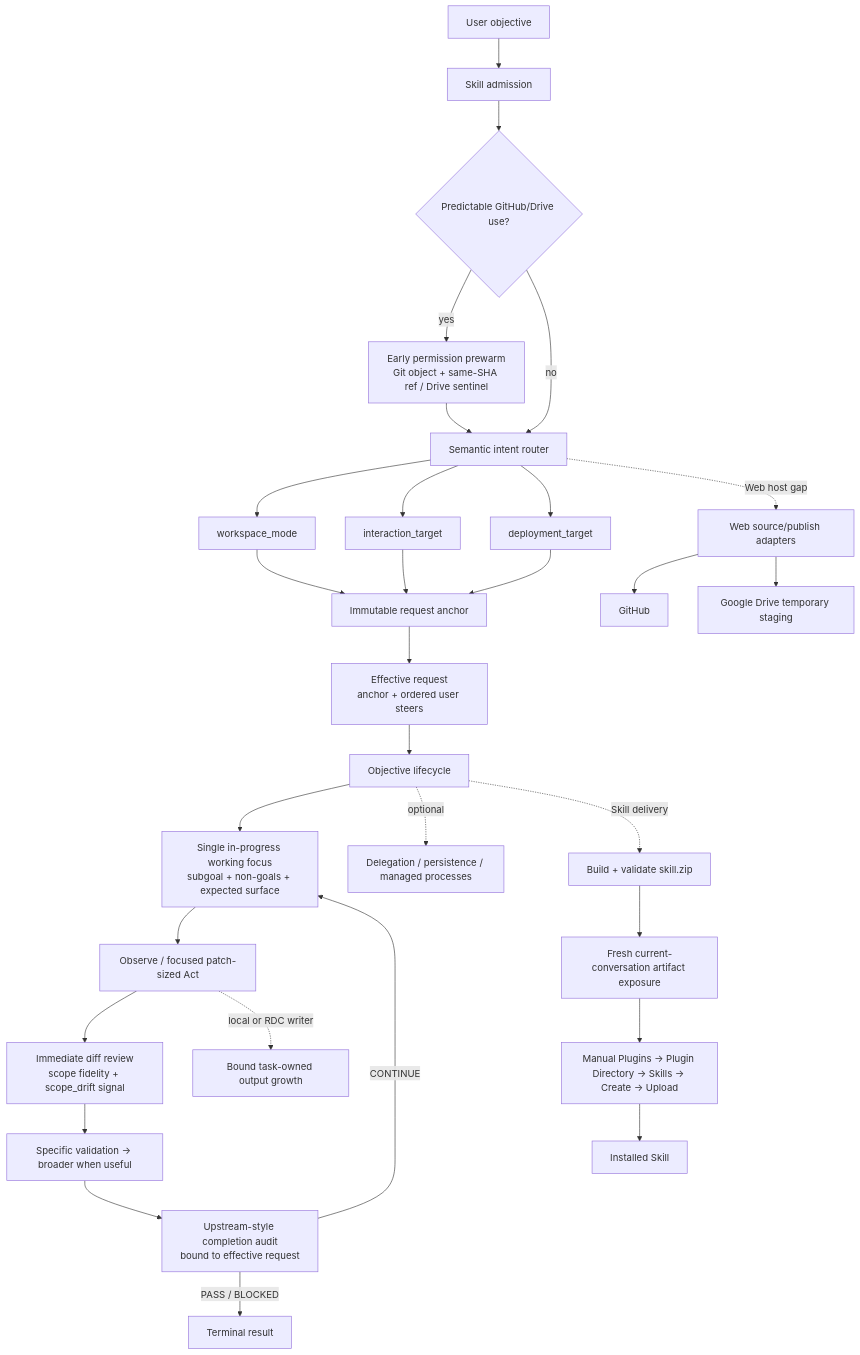
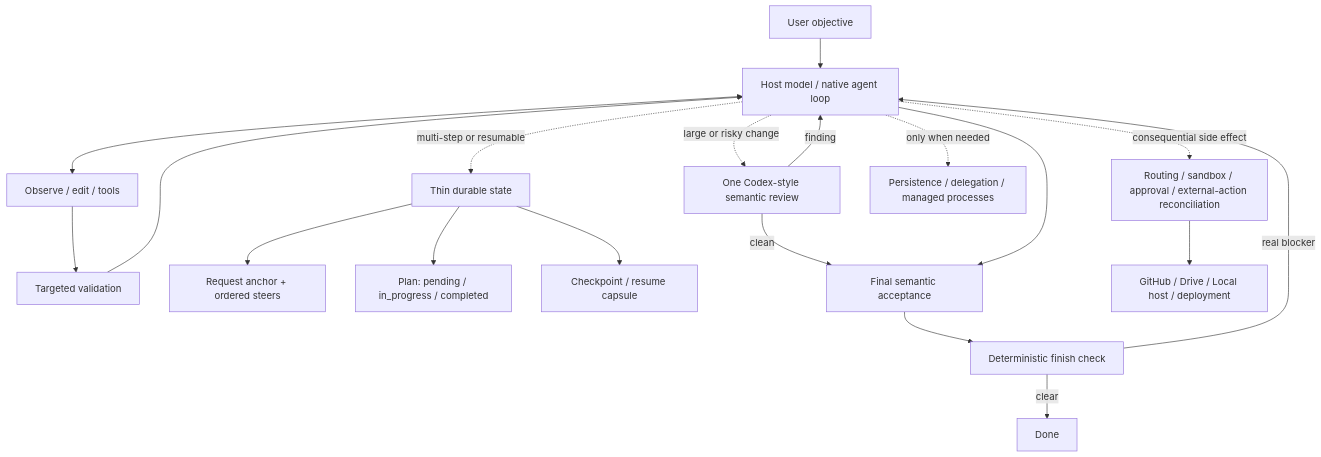
One commit to yihan-hu/codex-loop changed the diagram in ARCHITECTURE.md. Above: the diagram before and after it, drawn with Mermaid. The commit also changed other lines of this file and 56 other files, not shown here.

Commit message:
Simplify Codex Loop around native agent execution

````diff
--- a/ARCHITECTURE.md
+++ b/ARCHITECTURE.md
@@ -3,32 +3,21 @@
 ```mermaid
 flowchart TD
-  U[User objective] --> S[Skill admission]
-  S --> P{Predictable GitHub/Drive use?}
-  P -->|yes| W[Early permission prewarm<br/>Git object + same-SHA ref / Drive sentinel]
-  P -->|no| R
-  W --> R[Semantic intent router]
-  R --> WM[workspace_mode]
-  R --> IT[interaction_target]
-  R --> DT[deployment_target]
-  WM --> RA[Immutable request anchor]
-  IT --> RA
-  DT --> RA
-  RA --> ER[Effective request<br/>anchor + ordered user steers]
-  ER --> O[Objective lifecycle]
-  O --> F[Single in-progress working focus<br/>subgoal + non-goals + expected surface]
-  F --> A[Observe / focused patch-sized Act]
-  A --> DR[Immediate diff review<br/>scope fidelity + scope_drift signal]
-  DR --> V[Specific validation -> broader when useful]
-  A -. local or RDC writer .-> G[Bound task-owned output growth]
-  V --> C[Upstream-style completion audit<br/>bound to effective request]
-  C -->|CONTINUE| F
-  C -->|PASS / BLOCKED| E[Terminal result]
-  O -. optional .-> D[Delegation / persistence / managed processes]
-  R -. Web host gap .-> WA[Web source/publish adapters]
-  WA --> GH[GitHub]
-  WA --> GD[Google Drive temporary staging]
-  O -. Skill delivery .-> K[Build + validate skill.zip]
-  K --> X[Fresh current-conversation artifact exposure]
-  X --> UI[Manual Plugins -> Plugin Directory -> Skills -> Create -> Upload]
-  UI --> IS[Installed Skill]
+  U[User objective] --> H[Host model / native agent loop]
+  H <--> T[Observe / edit / tools]
+  T --> V[Targeted validation]
+  V --> H
+  H -. multi-step or resumable .-> S[Thin durable state]
+  S --> R[Request anchor + ordered steers]
+  S --> P[Plan: pending / in_progress / completed]
+  S --> C[Checkpoint / resume capsule]
+  H -. large or risky change .-> Q[One Codex-style semantic review]
+  Q -->|finding| H
+  Q -->|clean| F[Final semantic acceptance]
+  H --> F
+  F --> D[Deterministic finish check]
+  D -->|clear| E[Done]
+  D -->|real blocker| H
+  H -. consequential side effect .-> A[Routing / sandbox / approval / external-action reconciliation]
+  A --> X[GitHub / Drive / Local host / deployment]
+  H -. only when needed .-> O[Persistence / delegation / managed processes]
 ```
````
